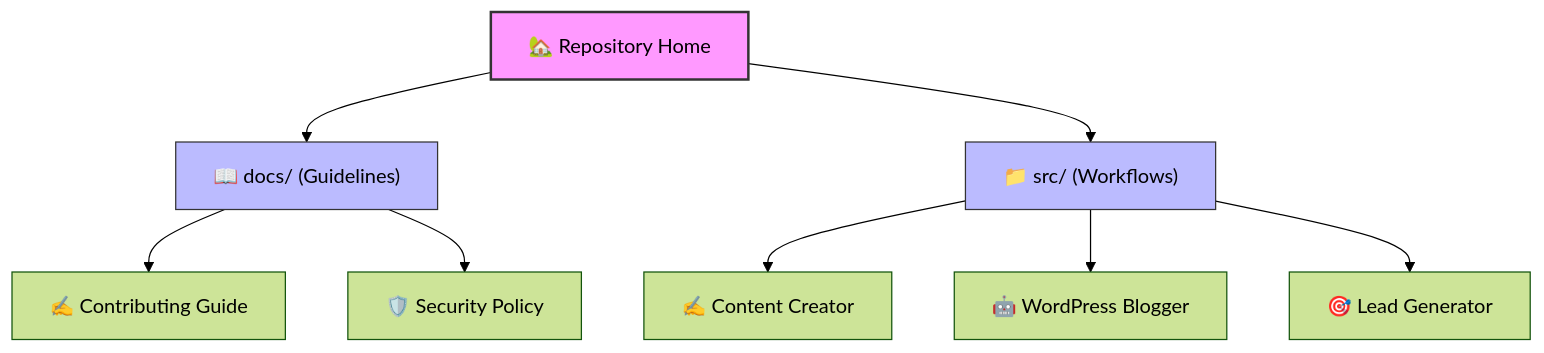
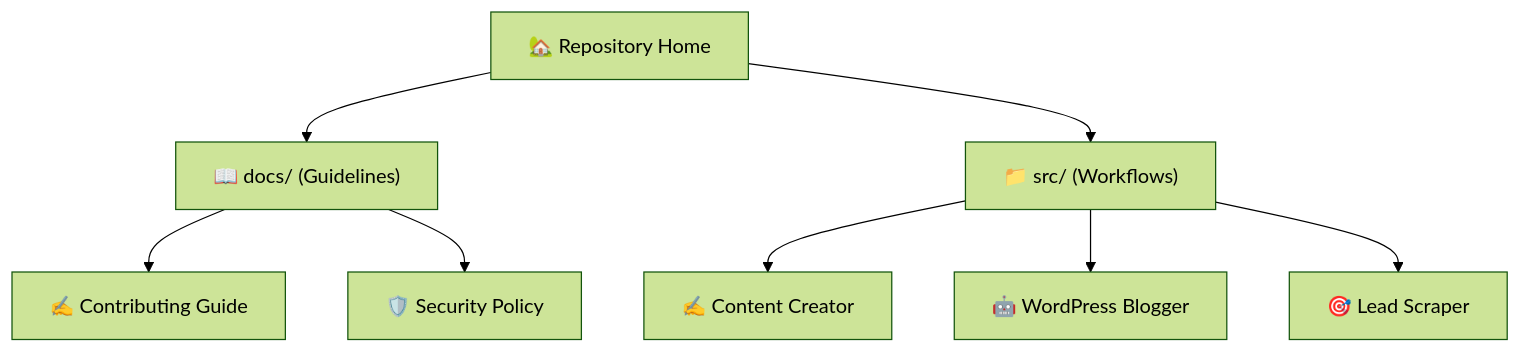
Before and after one commit to beydah/N8N-AI-Agent: the diagram in README.md, drawn with Mermaid (forest theme). The commit also changed other lines of this file and 15 other files, not shown here.

````diff
--- a/README.md
+++ b/README.md
@@ -33,14 +34,10 @@
 ```mermaid
 graph TD
     Home["🏡 Repository Home"] --> Docs["📖 docs/ (Guidelines)"]
     Home --> Source["📁 src/ (Workflows)"]
     Docs --> Contributing["✍️ Contributing Guide"]
     Docs --> Security["🛡️ Security Policy"]
     Source --> Content["✍️ Content Creator"]
     Source --> Blogger["🤖 WordPress Blogger"]
-    Source --> Leads["🎯 Lead Generator"]
-
-    style Home fill:#f9f,stroke:#333,stroke-width:2px
-    style Docs fill:#bbf,stroke:#333,stroke-width:1px
-    style Source fill:#bbf,stroke:#333,stroke-width:1px
+    Source --> Leads["🎯 Lead Scraper"]
 ```
````
